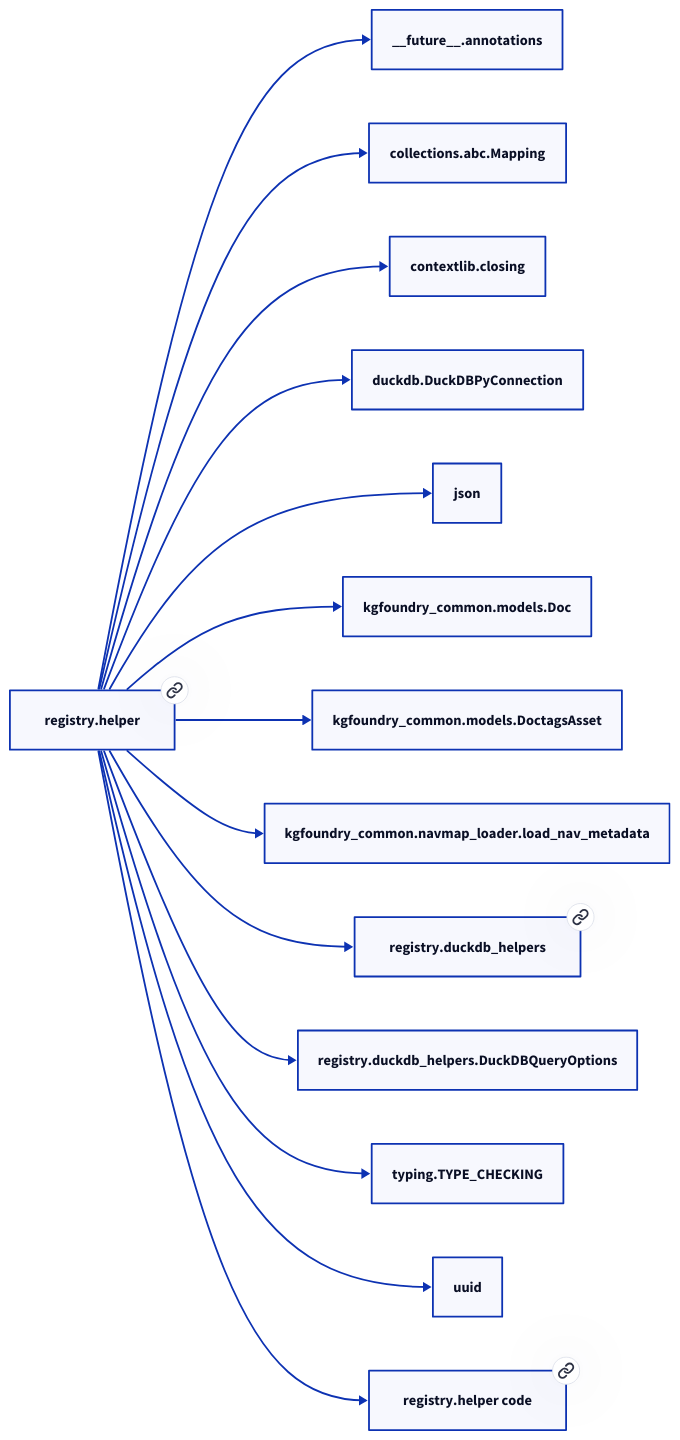
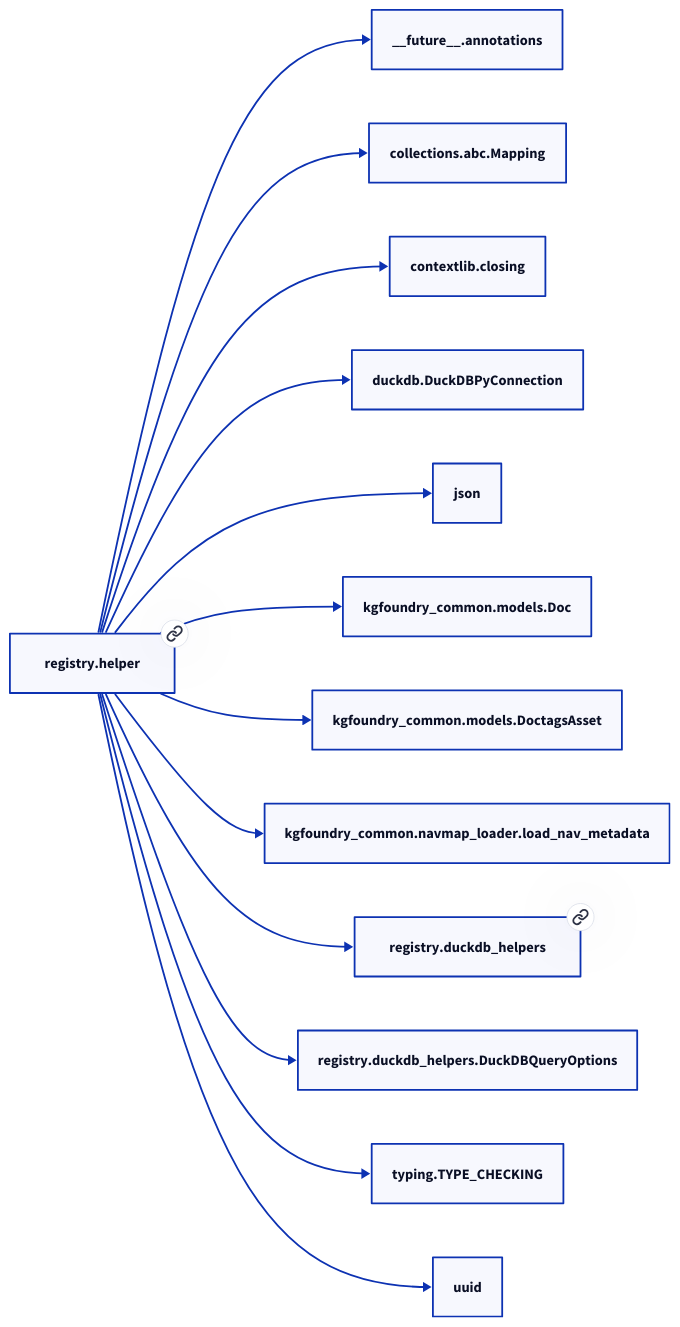
The second of 2 diagrams in docs/modules/registry/helper.md (paul-heyse/kgforge), drawn with D2 before and after one commit. The commit also changed other lines of this file and 118 other files, not shown here.

````diff
--- a/docs/modules/registry/helper.md
+++ b/docs/modules/registry/helper.md
@@ -39,30 +37,28 @@
 ```d2
 direction: right
-"registry.helper": "registry.helper" { link: "./registry/helper.md" }
+"registry.helper": "registry.helper" { link: "helper.md" }
 "__future__.annotations": "__future__.annotations"
 "registry.helper" -> "__future__.annotations"
 "collections.abc.Mapping": "collections.abc.Mapping"
 "registry.helper" -> "collections.abc.Mapping"
 "contextlib.closing": "contextlib.closing"
 "registry.helper" -> "contextlib.closing"
 "duckdb.DuckDBPyConnection": "duckdb.DuckDBPyConnection"
 "registry.helper" -> "duckdb.DuckDBPyConnection"
 "json": "json"
 "registry.helper" -> "json"
 "kgfoundry_common.models.Doc": "kgfoundry_common.models.Doc"
 "registry.helper" -> "kgfoundry_common.models.Doc"
 "kgfoundry_common.models.DoctagsAsset": "kgfoundry_common.models.DoctagsAsset"
 "registry.helper" -> "kgfoundry_common.models.DoctagsAsset"
 "kgfoundry_common.navmap_loader.load_nav_metadata": "kgfoundry_common.navmap_loader.load_nav_metadata"
 "registry.helper" -> "kgfoundry_common.navmap_loader.load_nav_metadata"
-"registry.duckdb_helpers": "registry.duckdb_helpers" { link: "./registry/duckdb_helpers.md" }
+"registry.duckdb_helpers": "registry.duckdb_helpers" { link: "duckdb_helpers.md" }
 "registry.helper" -> "registry.duckdb_helpers"
 "registry.duckdb_helpers.DuckDBQueryOptions": "registry.duckdb_helpers.DuckDBQueryOptions"
 "registry.helper" -> "registry.duckdb_helpers.DuckDBQueryOptions"
 "typing.TYPE_CHECKING": "typing.TYPE_CHECKING"
 "registry.helper" -> "typing.TYPE_CHECKING"
 "uuid": "uuid"
 "registry.helper" -> "uuid"
-"registry.helper_code": "registry.helper code" { link: "https://github.com/kgfoundry/kgfoundry/blob/main/src/registry/helper.py" }
-"registry.helper" -> "registry.helper_code" { style: dashed }
 ```
````
